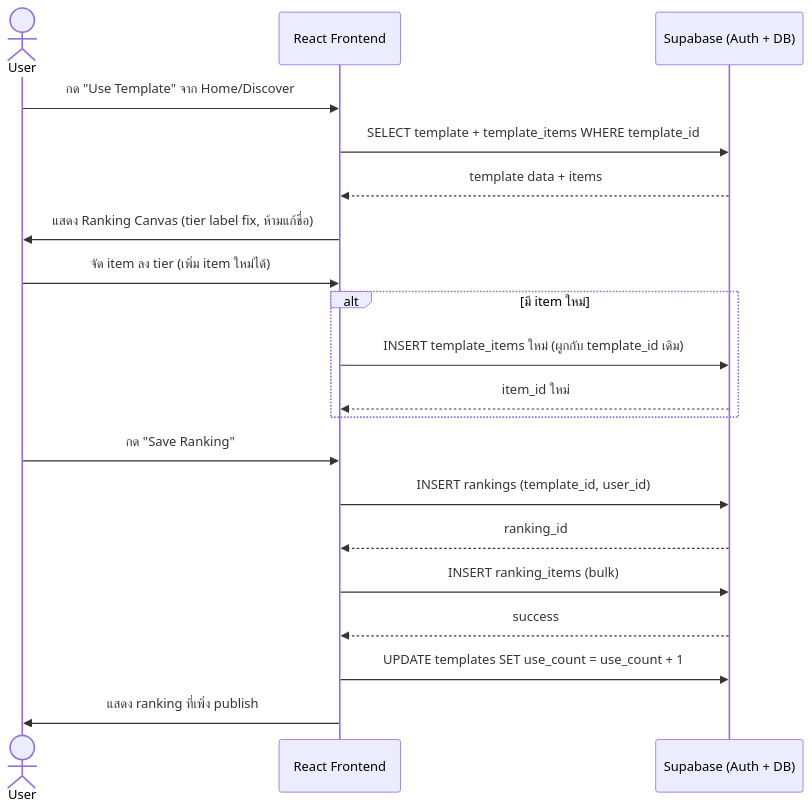
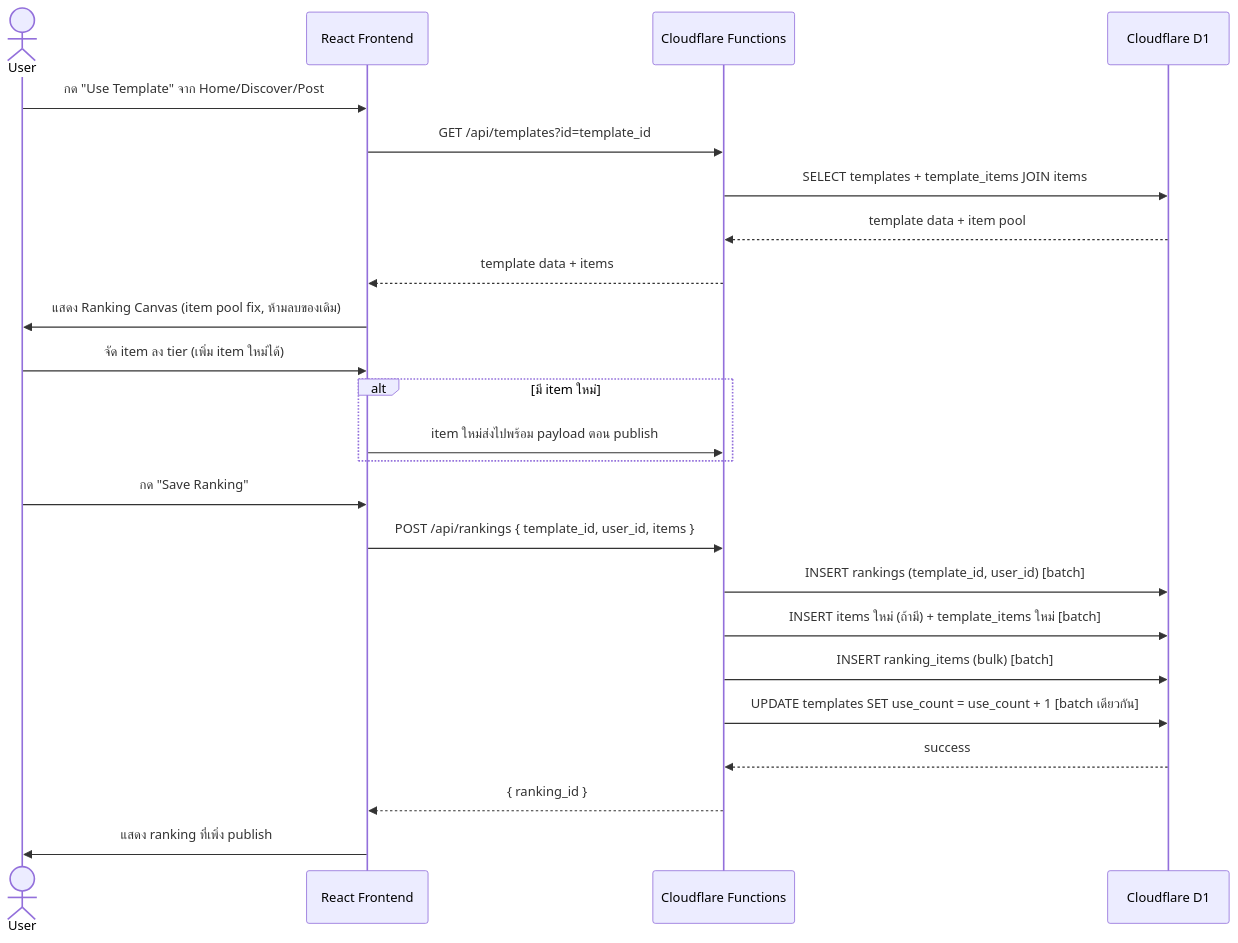
Before and after one commit to Altroria-Art/Tear-of-God: the fourth of 4 diagrams in SDS.md, drawn with Mermaid. The commit also changed other lines of this file and 1 other file, not shown here.

````diff
--- a/SDS.md
+++ b/SDS.md
@@ -294,23 +308,27 @@
 ```mermaid
 sequenceDiagram
     actor U as User
     participant FE as React Frontend
-    participant SB as Supabase (Auth + DB)
+    participant FN as Cloudflare Functions
+    participant D1 as Cloudflare D1
 
-    U->>FE: กด "Use Template" จาก Home/Discover
-    FE->>SB: SELECT template + template_items WHERE template_id
-    SB-->>FE: template data + items
-    FE->>U: แสดง Ranking Canvas (tier label fix, ห้ามแก้ชื่อ)
+    U->>FE: กด "Use Template" จาก Home/Discover/Post
+    FE->>FN: GET /api/templates?id=template_id
+    FN->>D1: SELECT templates + template_items JOIN items
+    D1-->>FN: template data + item pool
+    FN-->>FE: template data + items
+    FE->>U: แสดง Ranking Canvas (item pool fix, ห้ามลบของเดิม)
     U->>FE: จัด item ลง tier (เพิ่ม item ใหม่ได้)
     alt มี item ใหม่
-        FE->>SB: INSERT template_items ใหม่ (ผูกกับ template_id เดิม)
-        SB-->>FE: item_id ใหม่
+        FE->>FN: item ใหม่ส่งไปพร้อม payload ตอน publish
     end
     U->>FE: กด "Save Ranking"
-    FE->>SB: INSERT rankings (template_id, user_id)
-    SB-->>FE: ranking_id
-    FE->>SB: INSERT ranking_items (bulk)
-    SB-->>FE: success
-    FE->>SB: UPDATE templates SET use_count = use_count + 1
+    FE->>FN: POST /api/rankings { template_id, user_id, items }
+    FN->>D1: INSERT rankings (template_id, user_id) [batch]
+    FN->>D1: INSERT items ใหม่ (ถ้ามี) + template_items ใหม่ [batch]
+    FN->>D1: INSERT ranking_items (bulk) [batch]
+    FN->>D1: UPDATE templates SET use_count = use_count + 1 [batch เดียวกัน]
+    D1-->>FN: success
+    FN-->>FE: { ranking_id }
     FE->>U: แสดง ranking ที่เพิ่ง publish
 ```
````
